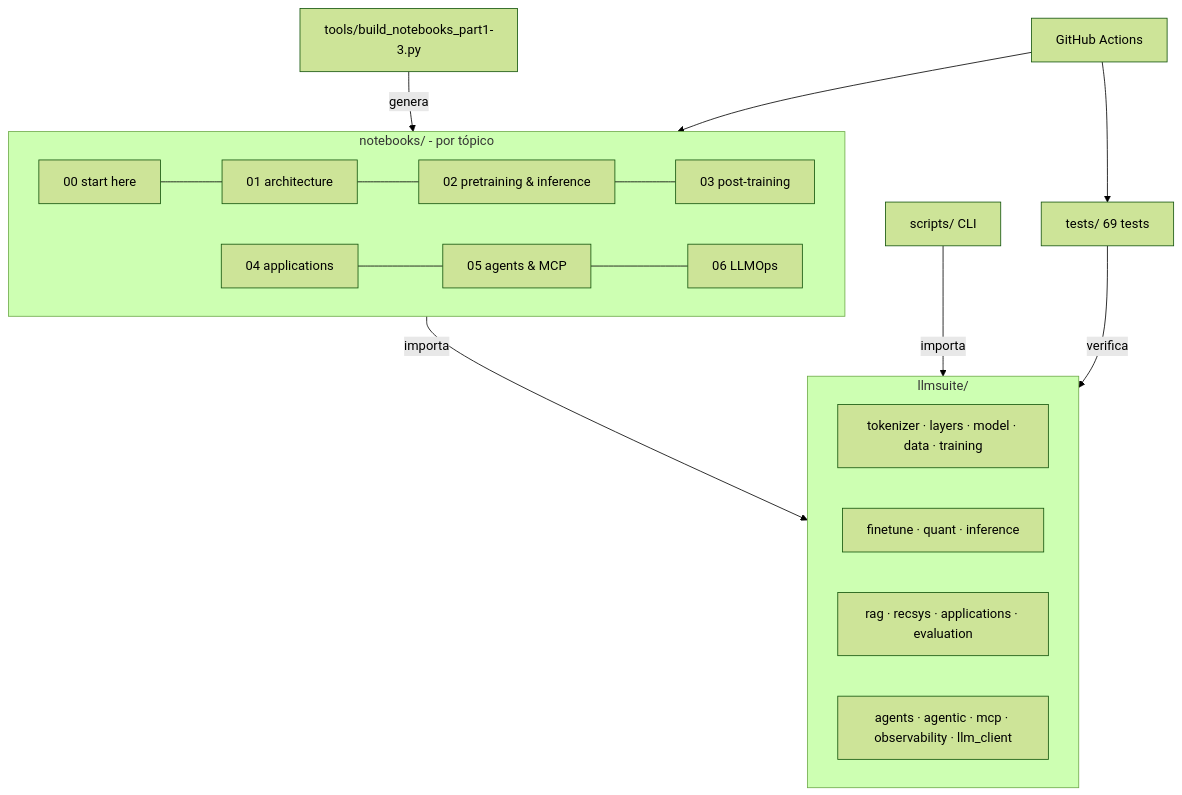
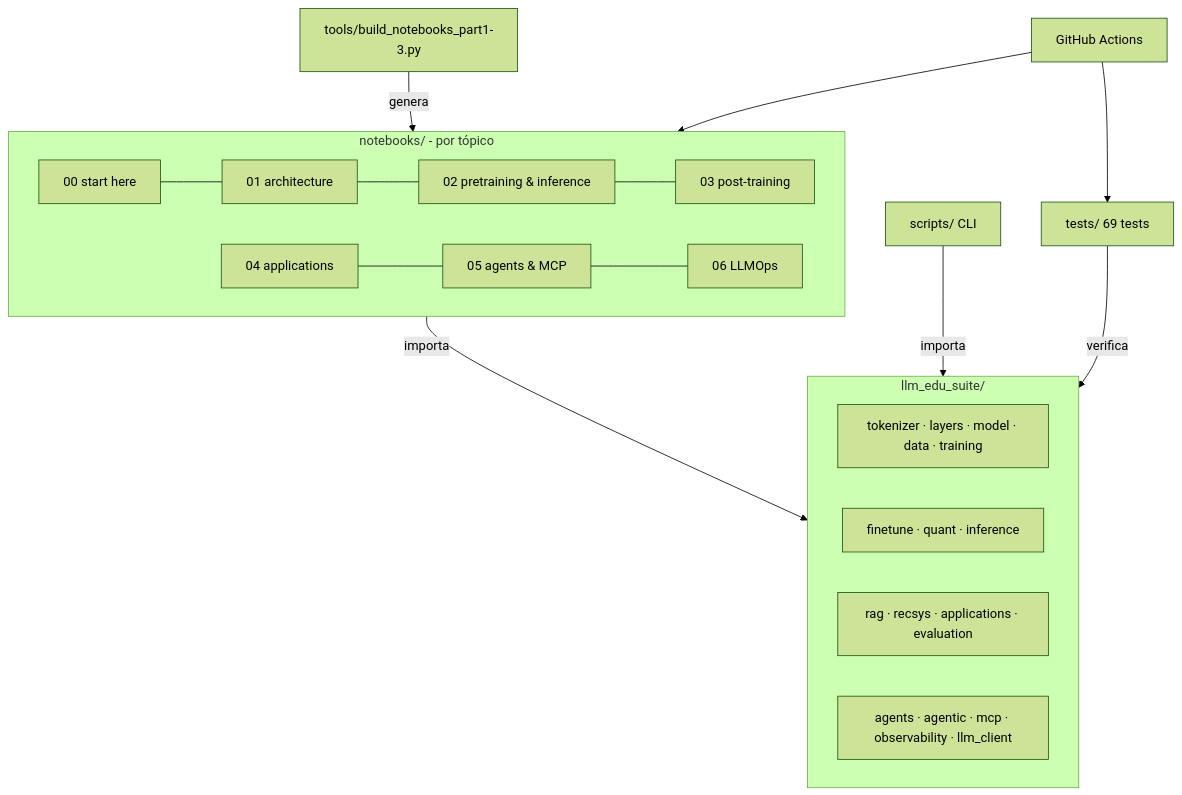
The diagram in docs/es/caso_de_estudio.md (ZoodiacR/llm-edu-suite), drawn with Mermaid (forest theme) before and after one commit. The commit also changed 84 other files, not shown here.

Commit message:
v2 groundwork: rename package to llm_edu_suite, config module, one generator per notebook

````diff
--- a/docs/es/caso_de_estudio.md
+++ b/docs/es/caso_de_estudio.md
@@ -34,19 +34,19 @@
 ```mermaid
 flowchart TB
     subgraph NB[notebooks/ - por tópico]
         A0[00 start here] --- A1[01 architecture] --- A2[02 pretraining & inference] --- A3[03 post-training]
         A4[04 applications] --- A5[05 agents & MCP] --- A6[06 LLMOps]
     end
-    subgraph PKG[llmsuite/]
+    subgraph PKG[llm_edu_suite/]
         core[tokenizer · layers · model · data · training]
         post[finetune · quant · inference]
         apps[rag · recsys · applications · evaluation]
         agt[agents · agentic · mcp · observability · llm_client]
     end
     GEN[tools/build_notebooks_part1-3.py] -->|genera| NB
     NB -->|importa| PKG
     SCR[scripts/ CLI] -->|importa| PKG
     TST[tests/ 69 tests] -->|verifica| PKG
     CI[GitHub Actions] --> TST
     CI --> NB
 ```
````
